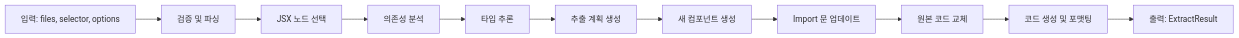
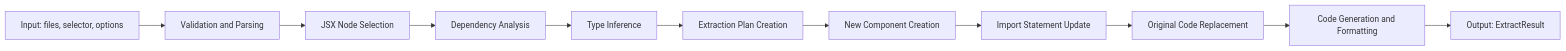
The second of 13 diagrams in .claude/specs/jsx-extract/design.md (wickedev/regrafter), drawn with Mermaid before and after one commit. The commit also changed other lines of this file and 86 other files, not shown here.

Commit message:
chore: remove website and refine extract module - Remove Docusaurus website infrastructure - Update jsx-extract and regrafter specifications - Refine extract implementation and test suite - Update documentation and remove Korean docs

````diff
--- a/.claude/specs/jsx-extract/design.md
+++ b/.claude/specs/jsx-extract/design.md
@@ -51,13 +51,13 @@
 ```mermaid
 graph LR
-    A[입력: files, selector, options] --> B[검증 및 파싱]
-    B --> C[JSX 노드 선택]
-    C --> D[의존성 분석]
-    D --> E[타입 추론]
-    E --> F[추출 계획 생성]
-    F --> G[새 컴포넌트 생성]
-    G --> H[Import 문 업데이트]
-    H --> I[원본 코드 교체]
-    I --> J[코드 생성 및 포맷팅]
-    J --> K[출력: ExtractResult]
+    A[Input: files, selector, options] --> B[Validation and Parsing]
+    B --> C[JSX Node Selection]
+    C --> D[Dependency Analysis]
+    D --> E[Type Inference]
+    E --> F[Extraction Plan Creation]
+    F --> G[New Component Creation]
+    G --> H[Import Statement Update]
+    H --> I[Original Code Replacement]
+    I --> J[Code Generation and Formatting]
+    J --> K[Output: ExtractResult]
 ```
````
